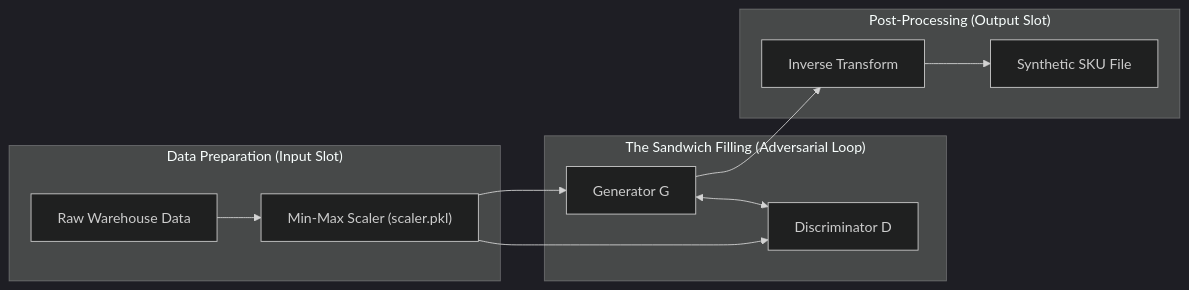
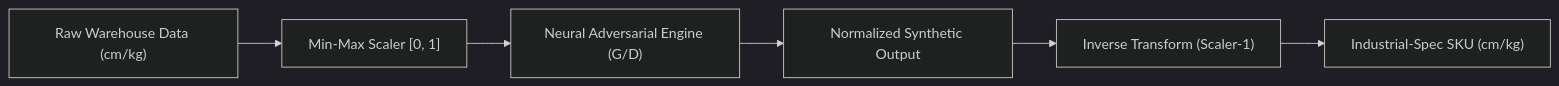
Before and after one commit to TotoBakods/Training-Bin-Packing: the diagram in GAN.md, drawn with Mermaid (dark theme). The commit also changed other lines of this file and 71 other files, not shown here.

````diff
--- a/GAN.md
+++ b/GAN.md
@@ -220,17 +12,8 @@
 ```mermaid
 flowchart LR
-    subgraph "Data Preparation (Input Slot)"
-        RAW["Raw Warehouse Data"] --> NORM["Min-Max Scaler (scaler.pkl)"]
-    end
-
-    subgraph "The Sandwich Filling (Adversarial Loop)"
-        NORM --> G["Generator G"]
-        NORM --> D["Discriminator D"]
-        G <--> D
-    end
-
-    subgraph "Post-Processing (Output Slot)"
-        G --> DENORM["Inverse Transform"]
-        DENORM --> SKU["Synthetic SKU File"]
-    end
+    RAW["Raw Warehouse Data (cm/kg)"] --> NORM["Min-Max Scaler [0, 1]"]
+    NORM --> CORE["Neural Adversarial Engine (G/D)"]
+    CORE --> OUTPUT["Normalized Synthetic Output"]
+    OUTPUT --> DENORM["Inverse Transform (Scaler-1)"]
+    DENORM --> SKU["Industrial-Spec SKU (cm/kg)"]
 ```
````
